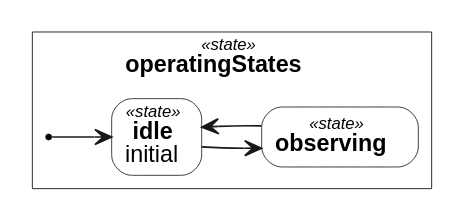
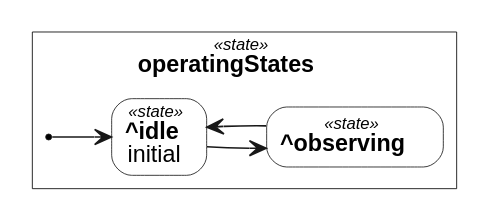
Before and after one commit to Open-MBEE/OpenSysML: the second of 2 diagrams in internal/doc/docrender/testdata/telescope_report.dot.golden.md, drawn with Graphviz. The commit also changed 17 other files, not shown here.

````diff
--- a/internal/doc/docrender/testdata/telescope_report.dot.golden.md
+++ b/internal/doc/docrender/testdata/telescope_report.dot.golden.md
@@ -106,22 +106,22 @@
 ```dot
 // kind: state
 // stated: the diagram states kind "state"
 // layout: dot
 digraph {
   graph [fontname="Helvetica", rankdir=LR];
   node [shape=box, style=filled, fillcolor=white, color="#181818", fontname="Helvetica", fontsize=14, penwidth=0.5];
   edge [color="#181818", fontname="Helvetica", fontsize=13, penwidth=1];
   subgraph "cluster_n0" {
     label=<<font point-size="10"><i>«state»</i></font><br/><b>operatingStates</b>>;
     color=black;
     penwidth=0.5;
     "n0" [shape=point, style=invis, width=0, height=0, label=""];
     "n3" [shape=point, fillcolor=black, label=""];
-    "n1" [style="rounded,filled", label=<<font point-size="10"><i>«state»</i></font><br/><b>idle</b><br/>initial>];
-    "n2" [style="rounded,filled", label=<<font point-size="10"><i>«state»</i></font><br/><b>observing</b>>];
+    "n1" [style="rounded,filled", label=<<font point-size="10"><i>«state»</i></font><br/><b>^idle</b><br/>initial>];
+    "n2" [style="rounded,filled", label=<<font point-size="10"><i>«state»</i></font><br/><b>^observing</b>>];
   }
   "n3" -> "n1" [arrowhead=vee];
   "n1" -> "n2" [arrowhead=vee];
   "n2" -> "n1" [arrowhead=vee];
 }
 ```
````
